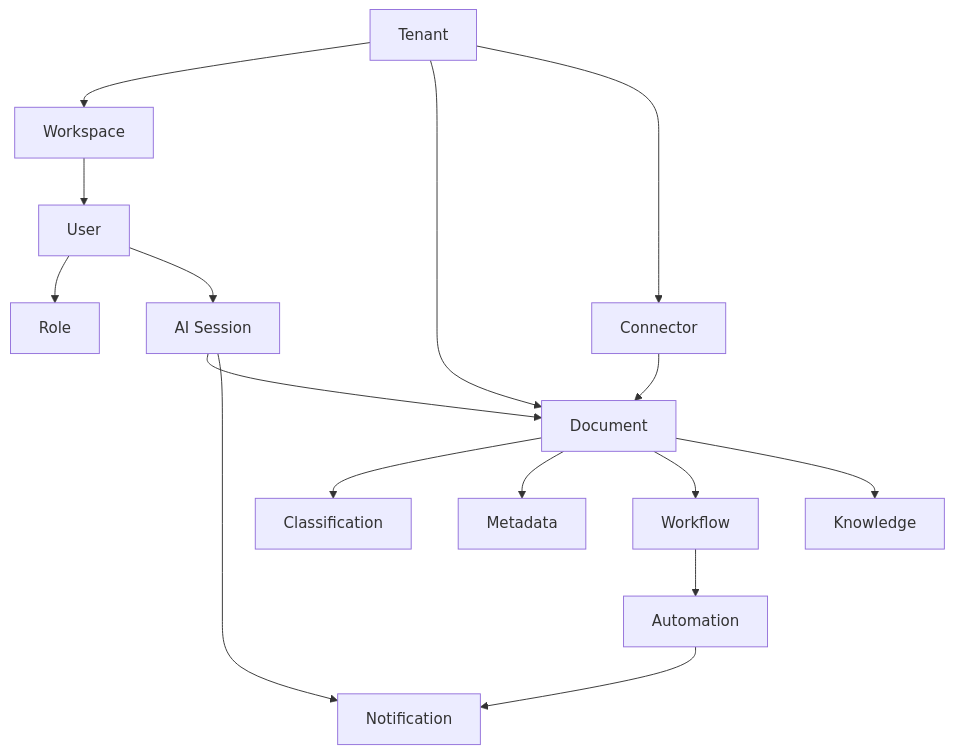
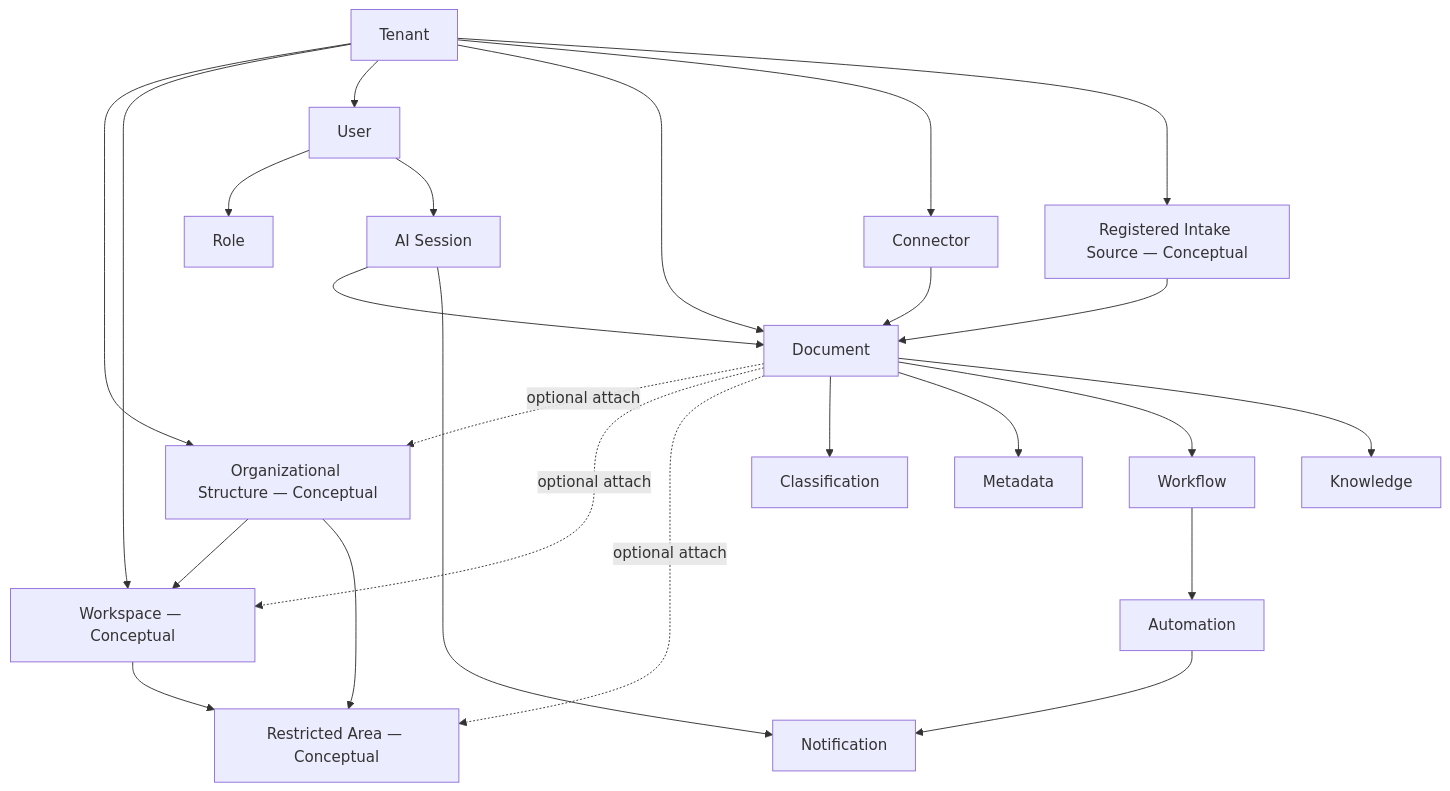
One commit to sameralamou-byte/SmartArchive changed the first of 2 diagrams in documentation/SA-ARCH-012_Domain_Model.md. Above: the diagram before and after it, drawn with Mermaid. The commit also changed other lines of this file and 10 other files, not shown here.

Commit message:
docs(architecture): establish and synchronize ESA ADR-010–013

````diff
--- a/documentation/SA-ARCH-012_Domain_Model.md
+++ b/documentation/SA-ARCH-012_Domain_Model.md
@@ -26,18 +26,27 @@
 ```mermaid
 graph TD
+    Tenant --> OrgStructure["Organizational Structure — Conceptual"]
+    OrgStructure --> Workspace["Workspace — Conceptual"]
     Tenant --> Workspace
-    Workspace --> User
+    Workspace --> RestrictedArea["Restricted Area — Conceptual"]
+    OrgStructure --> RestrictedArea
+    Tenant --> User
     User --> Role
     Tenant --> Document
+    Document -.optional attach.-> OrgStructure
+    Document -.optional attach.-> Workspace
+    Document -.optional attach.-> RestrictedArea
     Document --> Classification
     Document --> Metadata
     Document --> Workflow
     Workflow --> Automation
     Document --> Knowledge
     Tenant --> Connector
     Connector --> Document
+    Tenant --> IntakeSource["Registered Intake Source — Conceptual"]
+    IntakeSource --> Document
     User --> AISession[AI Session]
     AISession --> Document
     AISession --> Notification
     Automation --> Notification
 ```
````
